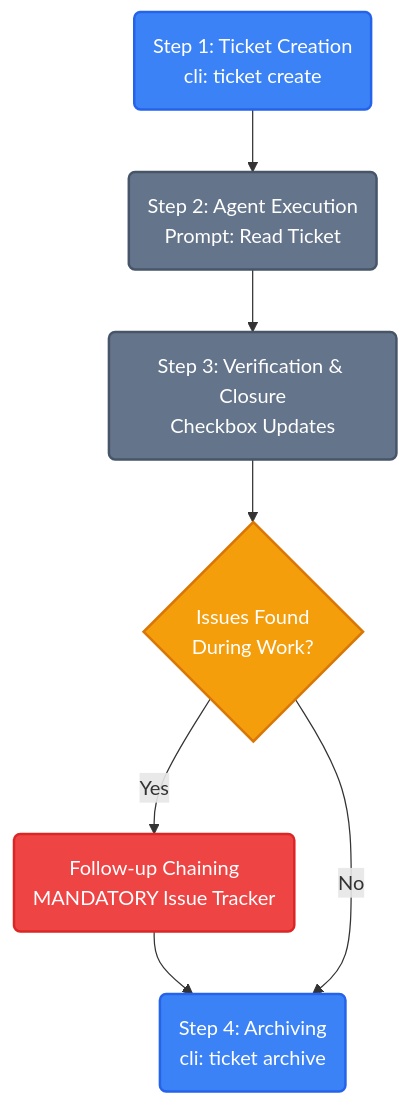
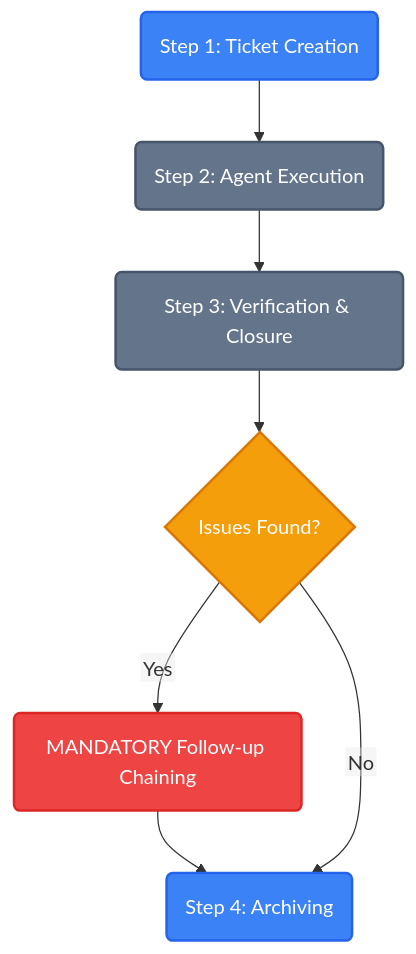
The diagram in README.ko.md (joygram/DeukAgentRules), drawn with Mermaid before and after one commit. The commit also changed 1 other file, not shown here.

Commit message:
docs: force native SVG text rendering in mermaid to eliminate IDE text background bugs

````diff
--- a/README.ko.md
+++ b/README.ko.md
@@ -86,16 +86,17 @@
 ```mermaid
+%%{init: {"flowchart": {"htmlLabels": false}}}%%
 graph TD
     classDef action fill:#3b82f6,stroke:#2563eb,stroke-width:2px,color:#ffffff;
     classDef phase fill:#64748b,stroke:#475569,stroke-width:2px,color:#ffffff;
     classDef decision fill:#f59e0b,stroke:#d97706,stroke-width:2px,color:#ffffff;
     classDef highlight fill:#ef4444,stroke:#dc2626,stroke-width:2px,color:#ffffff;
 
-    A(Step 1: Ticket Creation<br>cli: ticket create):::action --> B(Step 2: Agent Execution<br>Prompt: Read Ticket):::phase
-    B --> C(Step 3: Verification & Closure<br>Checkbox Updates):::phase
+    A(Step 1: Ticket Creation):::action --> B(Step 2: Agent Execution):::phase
+    B --> C(Step 3: Verification & Closure):::phase
     
-    C --> D{Issues Found<br>During Work?}:::decision
+    C --> D{Issues Found?}:::decision
     
-    D -->|Yes| E(Follow-up Chaining<br>MANDATORY Issue Tracker):::highlight
-    E --> F(Step 4: Archiving<br>cli: ticket archive):::action
+    D -->|Yes| E(MANDATORY Follow-up Chaining):::highlight
+    E --> F(Step 4: Archiving):::action
     D -->|No| F
 ```
````
